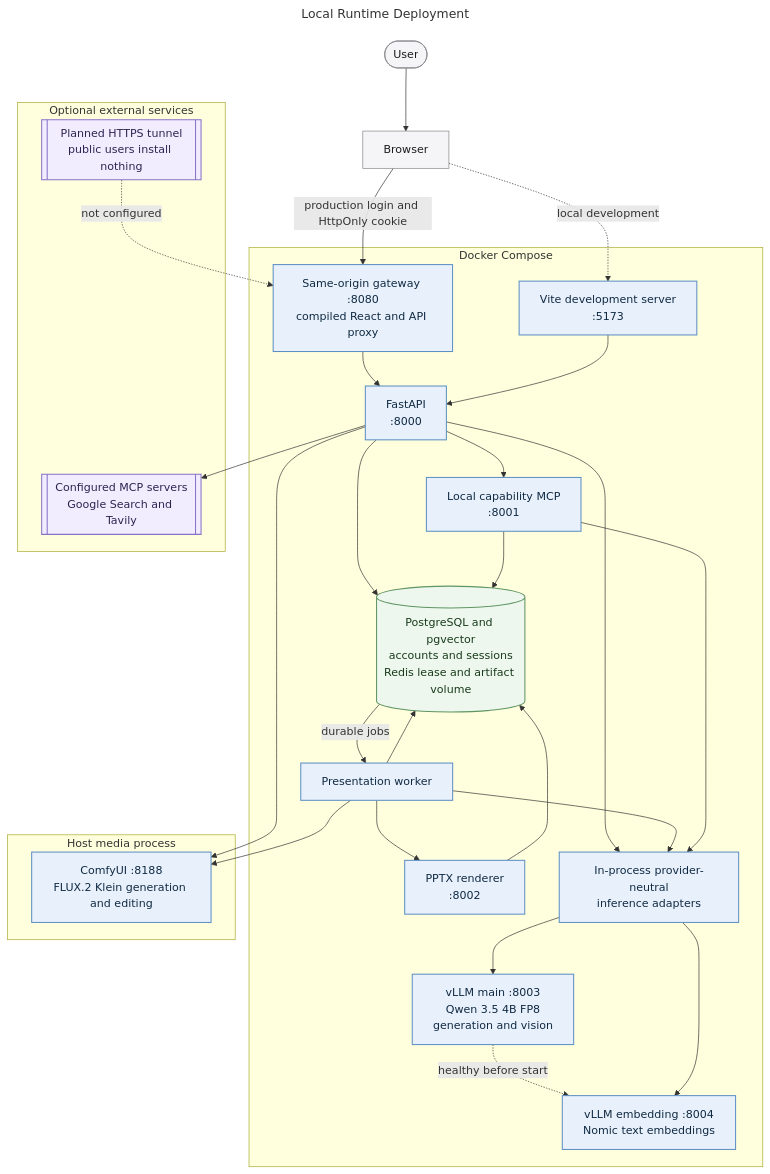
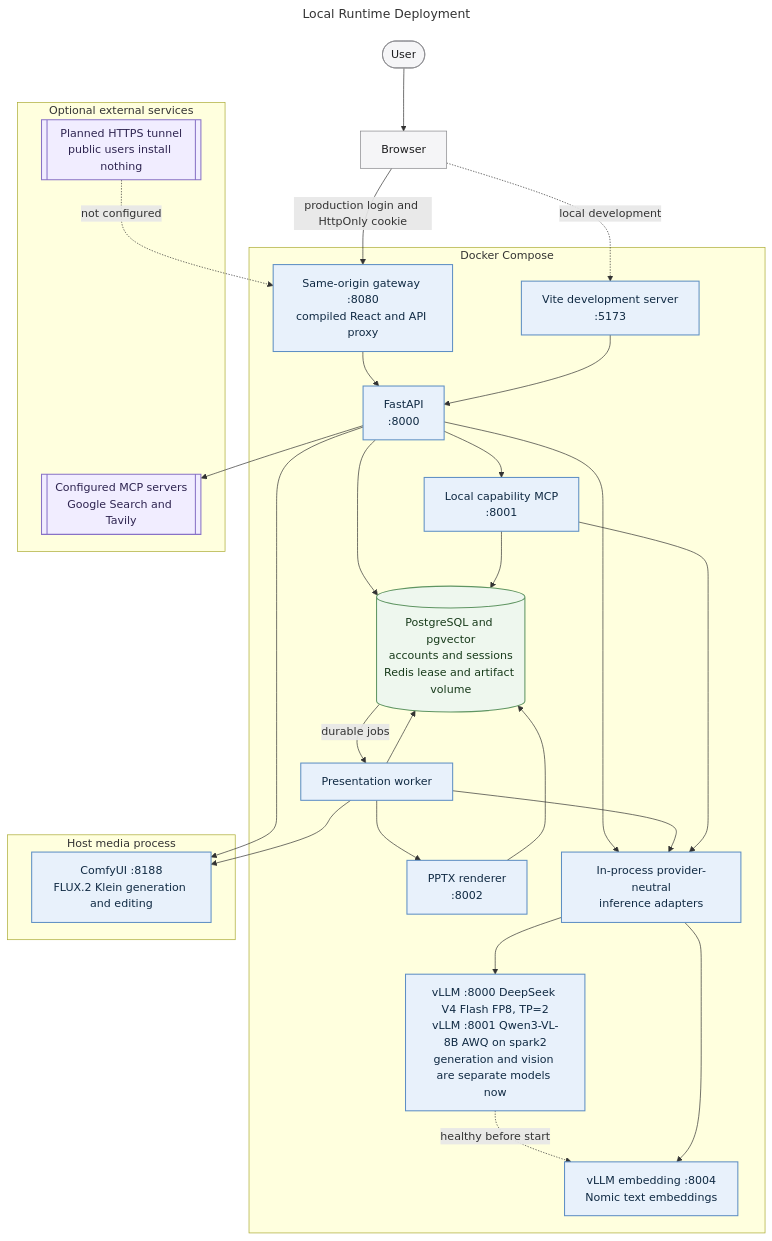
One commit to MallyaAni/PersonalAssistant changed the diagram in docs/diagrams/runtime-deployment.mmd. Above: the diagram before and after it, drawn with Mermaid. The commit also changed 34 other files, not shown here.

First line of the commit message:
Stop the diagrams advertising a model that was retired

```diff
--- a/docs/diagrams/runtime-deployment.mmd
+++ b/docs/diagrams/runtime-deployment.mmd
@@ -1,59 +1,59 @@
 ---
 title: Local Runtime Deployment
 ---
 flowchart TB
     User([User]) --> Browser[Browser]
 
     subgraph Compose[Docker Compose]
         Gateway[Same-origin gateway :8080<br/>compiled React and API proxy]
         Frontend[Vite development server<br/>:5173]
         Backend[FastAPI<br/>:8000]
         Worker[Presentation worker]
         MCP[Local capability MCP<br/>:8001]
         Renderer[PPTX renderer<br/>:8002]
         Adapters[In-process provider-neutral<br/>inference adapters]
-        VLLMMain[vLLM main :8003<br/>Qwen 3.5 4B FP8<br/>generation and vision]
+        VLLMMain[vLLM :8000 DeepSeek V4 Flash FP8, TP=2<br/>vLLM :8001 Qwen3-VL-8B AWQ on spark2<br/>generation and vision are separate models now]
         VLLMEmbed[vLLM embedding :8004<br/>Nomic text embeddings]
         Stores[(PostgreSQL and pgvector<br/>accounts and sessions<br/>Redis lease and artifact volume)]
         VLLMMain -.->|healthy before start| VLLMEmbed
     end
 
     subgraph Host[Host media process]
         ComfyUI[ComfyUI :8188<br/>FLUX.2 Klein generation and editing]
     end
 
     subgraph External[Optional external services]
         Integrations[[Configured MCP servers<br/>Google Search and Tavily]]
         PublicEdge[[Planned HTTPS tunnel<br/>public users install nothing]]
     end
 
     PublicEdge -.->|not configured| Gateway
     Browser -->|production login and HttpOnly cookie| Gateway
     Browser -.->|local development| Frontend
     Gateway --> Backend
     Frontend --> Backend
     Backend --> Stores
     Backend --> Adapters
     Backend --> ComfyUI
     Backend --> MCP
     Backend --> Integrations
 
     Stores -->|durable jobs| Worker
     Worker --> Stores
     Worker --> Adapters
     Worker --> ComfyUI
     Worker --> Renderer
     Renderer --> Stores
     MCP --> Stores
     MCP --> Adapters
     Adapters --> VLLMMain
     Adapters --> VLLMEmbed
 
     classDef user fill:#f5f5f7,stroke:#86868b,color:#1d1d1f;
     classDef process fill:#e8f1fb,stroke:#5e8fc4,color:#102a43,stroke-width:1.5px;
     classDef data fill:#eef7ee,stroke:#5f9562,color:#183b1b,stroke-width:1.5px;
     classDef external fill:#f1edff,stroke:#8872c6,color:#2e2450,stroke-width:1.5px;
     class User,Browser user;
     class Gateway,Frontend,Backend,Worker,MCP,Renderer,Adapters,VLLMMain,VLLMEmbed,ComfyUI process;
     class Stores data;
     class Integrations,PublicEdge external;
```
